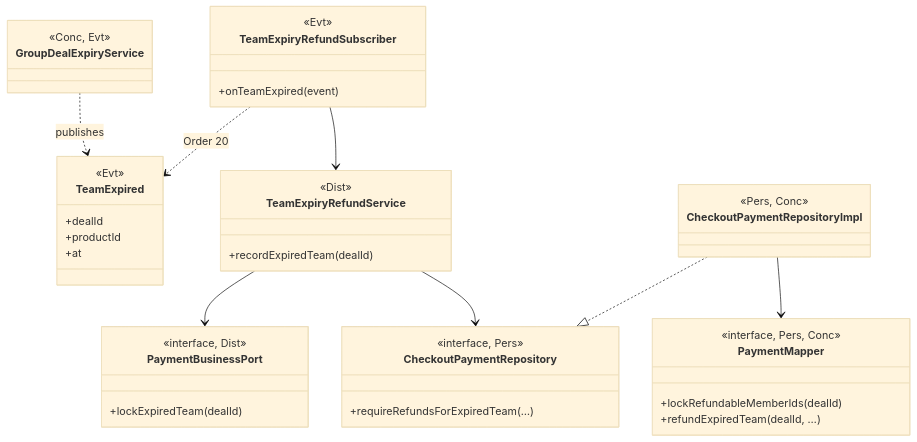
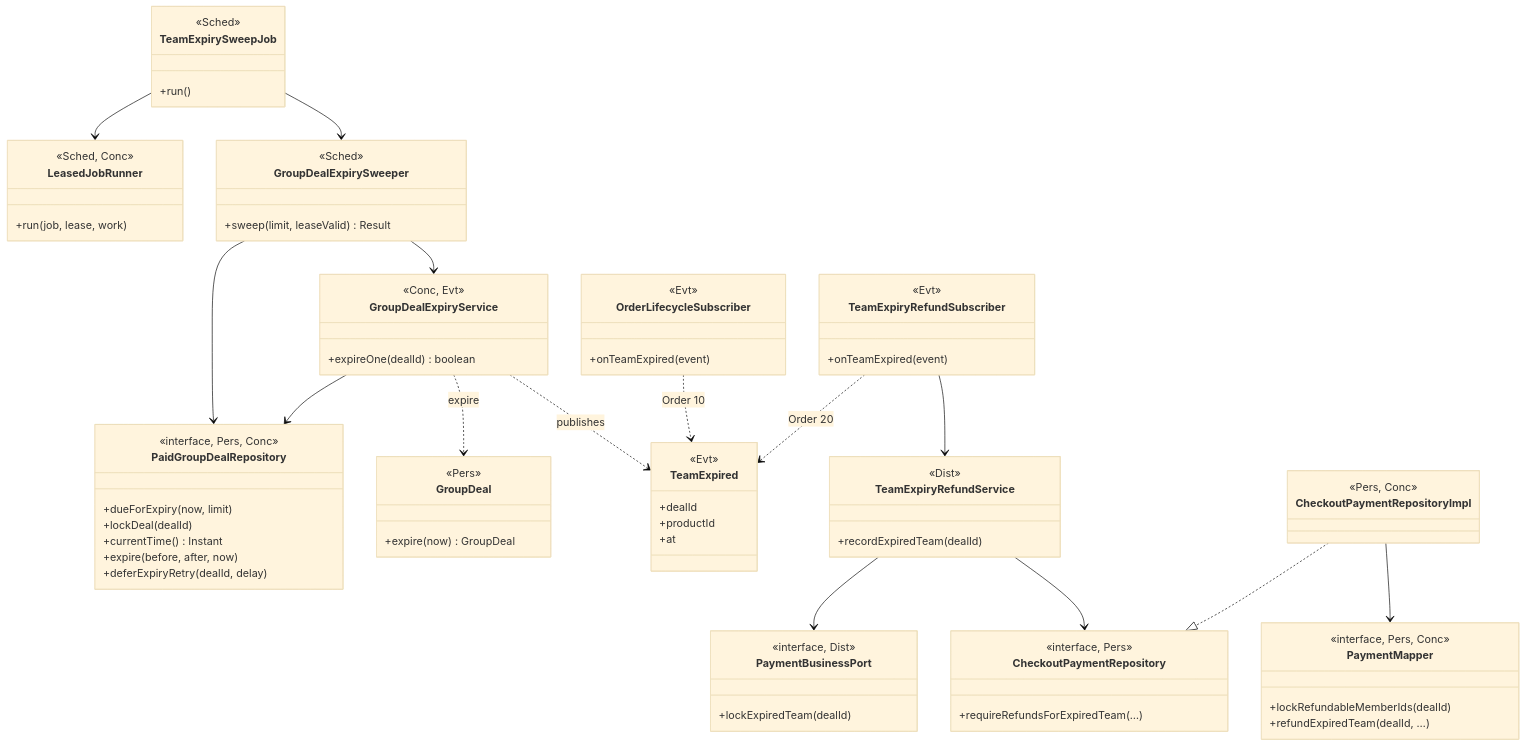
One commit to PPsyrius/iss-groupbuy-team8 changed the fifth of 10 diagrams in docs/swe5006/report/sections/03-4-2-yorik.md. Above: the diagram before and after it, drawn with Mermaid (base theme). The commit also changed other lines of this file, not shown here.

````diff
--- a/docs/swe5006/report/sections/03-4-2-yorik.md
+++ b/docs/swe5006/report/sections/03-4-2-yorik.md
@@ -177,13 +235,42 @@
 ```mermaid
 classDiagram
+    class TeamExpirySweepJob {
+        <<Sched>>
+        +run()
+    }
+    class LeasedJobRunner {
+        <<Sched, Conc>>
+        +run(job, lease, work)
+    }
+    class GroupDealExpirySweeper {
+        <<Sched>>
+        +sweep(limit, leaseValid) Result
+    }
     class GroupDealExpiryService {
         <<Conc, Evt>>
+        +expireOne(dealId) boolean
+    }
+    class PaidGroupDealRepository {
+        <<interface, Pers, Conc>>
+        +dueForExpiry(now, limit)
+        +lockDeal(dealId)
+        +currentTime() Instant
+        +expire(before, after, now)
+        +deferExpiryRetry(dealId, delay)
+    }
+    class GroupDeal {
+        <<Pers>>
+        +expire(now) GroupDeal
     }
     class TeamExpired {
         <<Evt>>
         +dealId
         +productId
         +at
+    }
+    class OrderLifecycleSubscriber {
+        <<Evt>>
+        +onTeamExpired(event)
     }
     class TeamExpiryRefundSubscriber {
         <<Evt>>
@@ -209,16 +296,29 @@
         +lockRefundableMemberIds(dealId)
         +refundExpiredTeam(dealId, …)
     }
-%% at GroupDealExpiryService 0,0
-%% at TeamExpired 1,0
-%% at TeamExpiryRefundSubscriber 1,1
-%% at TeamExpiryRefundService 1,2
-%% at PaymentBusinessPort 2,2
-%% at CheckoutPaymentRepository 1,3
-%% at CheckoutPaymentRepositoryImpl 2,3
-%% at PaymentMapper 2,4
+%% at TeamExpirySweepJob 0,0
+%% at LeasedJobRunner 1,0
+%% at GroupDealExpirySweeper 0,1
+%% at PaidGroupDealRepository 1,1
+%% at GroupDealExpiryService 0,2
+%% at GroupDeal 1,2
+%% at TeamExpired 0,3
+%% at OrderLifecycleSubscriber 1,3
+%% at TeamExpiryRefundSubscriber 0,4
+%% at TeamExpiryRefundService 1,4
+%% at PaymentBusinessPort 2,4
+%% at CheckoutPaymentRepository 1,5
+%% at CheckoutPaymentRepositoryImpl 2,5
+%% at PaymentMapper 2,6
 
+    TeamExpirySweepJob --> LeasedJobRunner
+    TeamExpirySweepJob --> GroupDealExpirySweeper
+    GroupDealExpirySweeper --> PaidGroupDealRepository
+    GroupDealExpirySweeper --> GroupDealExpiryService
+    GroupDealExpiryService --> PaidGroupDealRepository
+    GroupDealExpiryService ..> GroupDeal : expire
     GroupDealExpiryService ..> TeamExpired : publishes
+    OrderLifecycleSubscriber ..> TeamExpired : Order 10
     TeamExpiryRefundSubscriber ..> TeamExpired : Order 20
     TeamExpiryRefundSubscriber --> TeamExpiryRefundService
     TeamExpiryRefundService --> PaymentBusinessPort
````
